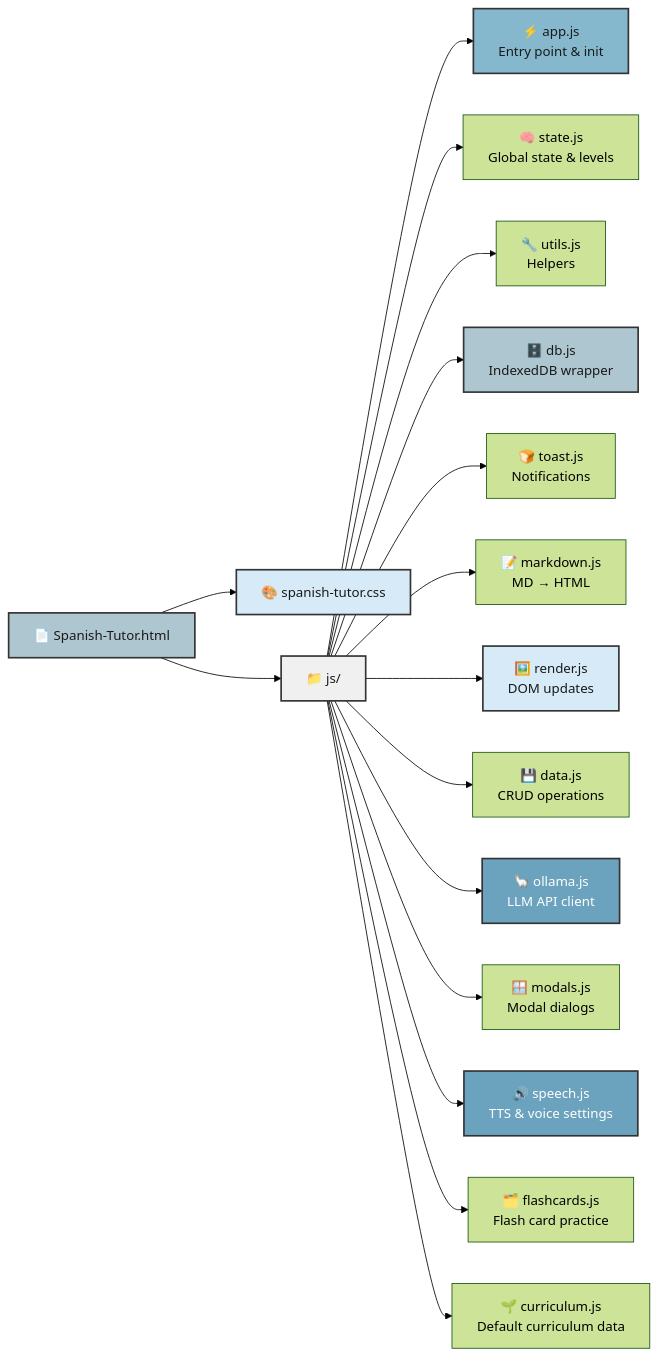
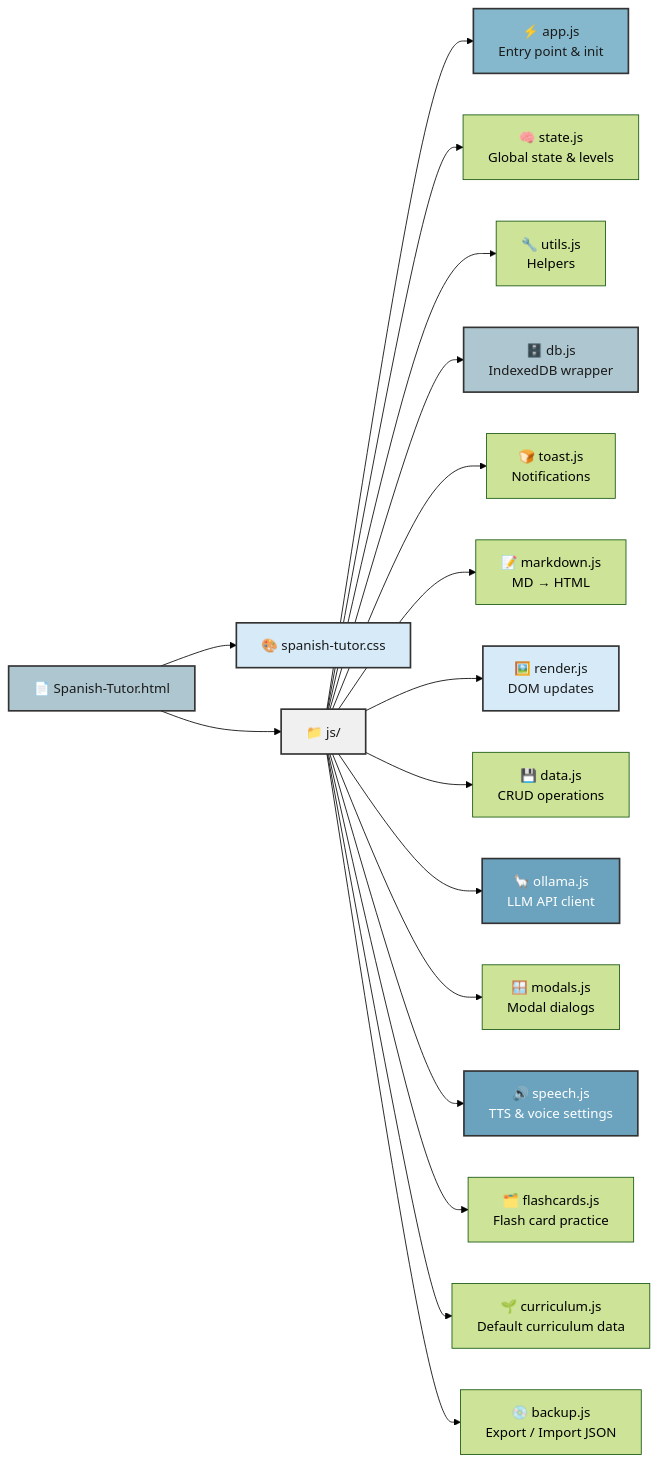
Before and after one commit to alangarrod/Spanish-Tutor: the fourth of 4 diagrams in README.md, drawn with Mermaid (forest theme). The commit also changed other lines of this file and 1 other file, not shown here.

Commit message:
Update documentation for backup/restore feature

````diff
--- a/README.md
+++ b/README.md
@@ -157,28 +158,29 @@
 ```mermaid
 graph LR
     HTML["📄 Spanish-Tutor.html"] --> CSS["🎨 spanish-tutor.css"]
     HTML --> JS["📁 js/"]
 
     JS --> app["⚡ app.js<br/>Entry point & init"]
     JS --> state["🧠 state.js<br/>Global state & levels"]
     JS --> utils["🔧 utils.js<br/>Helpers"]
     JS --> db["🗄️ db.js<br/>IndexedDB wrapper"]
     JS --> toast["🍞 toast.js<br/>Notifications"]
     JS --> markdown["📝 markdown.js<br/>MD → HTML"]
     JS --> render["🖼️ render.js<br/>DOM updates"]
     JS --> data["💾 data.js<br/>CRUD operations"]
     JS --> ollama["🦙 ollama.js<br/>LLM API client"]
     JS --> modals["🪟 modals.js<br/>Modal dialogs"]
     JS --> speech["🔊 speech.js<br/>TTS & voice settings"]
     JS --> flashcards["🗂️ flashcards.js<br/>Flash card practice"]
     JS --> curriculum["🌱 curriculum.js<br/>Default curriculum data"]
+    JS --> backup["💿 backup.js<br/>Export / Import JSON"]
 
     style HTML fill:#AEC6CF,stroke:#333,stroke-width:2px,color:#1a1a1a
     style CSS fill:#D6EAF8,stroke:#333,stroke-width:2px,color:#1a1a1a
     style JS fill:#F0F0F0,stroke:#333,stroke-width:2px,color:#1a1a1a
     style app fill:#85B8CC,stroke:#333,stroke-width:2px,color:#1a1a1a
     style ollama fill:#6BA3BE,stroke:#333,stroke-width:2px,color:#fff
     style speech fill:#6BA3BE,stroke:#333,stroke-width:2px,color:#fff
     style db fill:#AEC6CF,stroke:#333,stroke-width:2px,color:#1a1a1a
     style render fill:#D6EAF8,stroke:#333,stroke-width:2px,color:#1a1a1a
 ```
````
